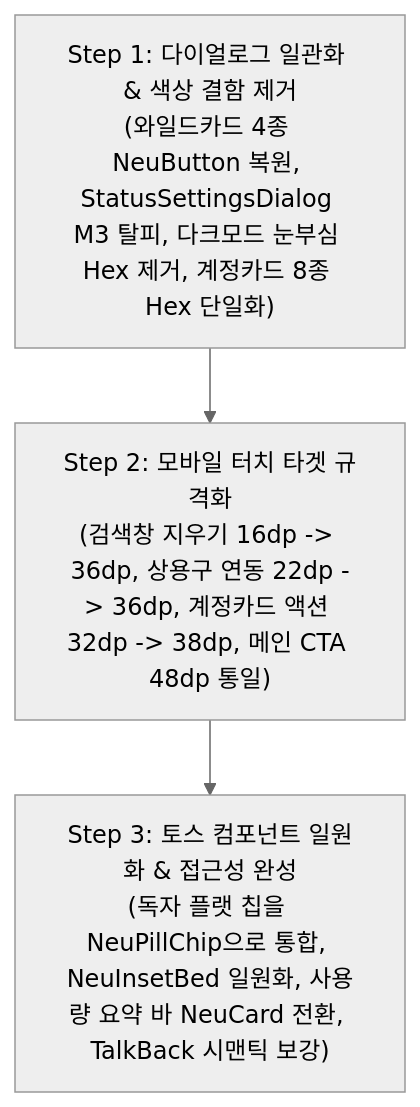
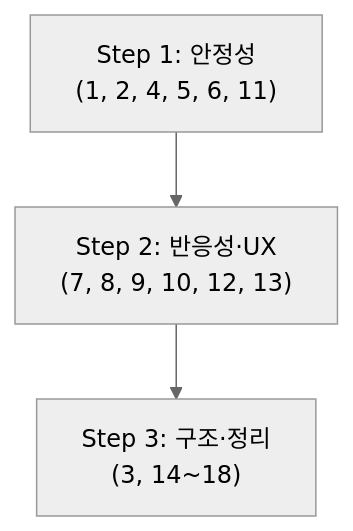
One commit to asambrive4-rgb/gemgemgen changed the diagram in docs/체크리스트.md. Above: the diagram before and after it, drawn with Mermaid (neutral theme). The commit also changed other lines of this file and 59 other files, not shown here.

````diff
--- a/docs/체크리스트.md
+++ b/docs/체크리스트.md
@@ -253,9 +119,4 @@
 ```mermaid
 flowchart TD
-    Step1["Step 1: 다이얼로그 일관화 & 색상 결함 제거<br/>(와일드카드 4종 NeuButton 복원, StatusSettingsDialog M3 탈피, 다크모드 눈부심 Hex 제거, 계정카드 8종 Hex 단일화)"]
-    Step2["Step 2: 모바일 터치 타겟 규격화<br/>(검색창 지우기 16dp -> 36dp, 상용구 연동 22dp -> 36dp, 계정카드 액션 32dp -> 38dp, 메인 CTA 48dp 통일)"]
-    Step3["Step 3: 토스 컴포넌트 일원화 & 접근성 완성<br/>(독자 플랫 칩을 NeuPillChip으로 통합, NeuInsetBed 일원화, 사용량 요약 바 NeuCard 전환, TalkBack 시맨틱 보강)"]
-
-    Step1 --> Step2
-    Step2 --> Step3
+    S1["Step 1: 안정성<br/>(1, 2, 4, 5, 6, 11)"] --> S2["Step 2: 반응성·UX<br/>(7, 8, 9, 10, 12, 13)"] --> S3["Step 3: 구조·정리<br/>(3, 14~18)"]
 ```
````
